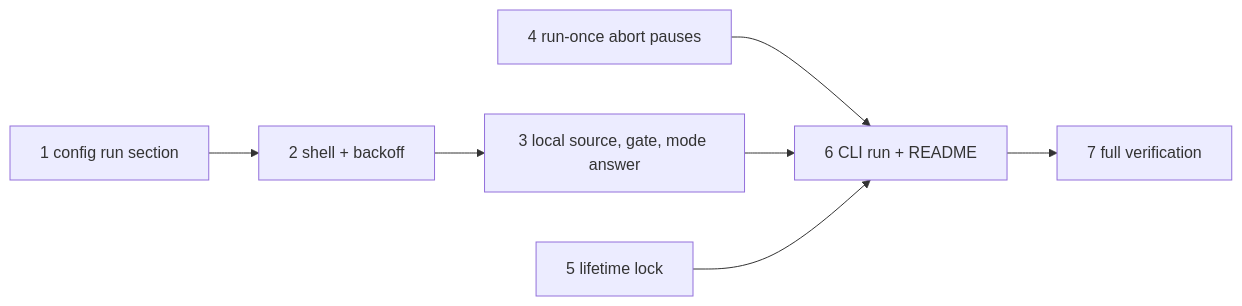
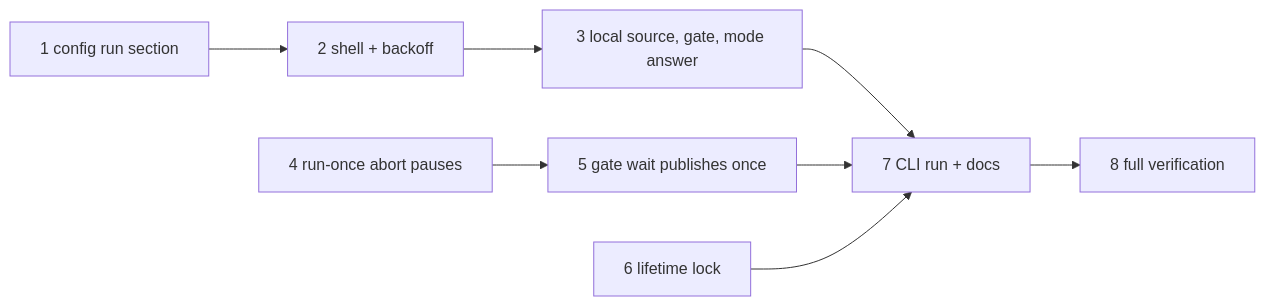
One commit to rochecompaan/patchmill changed the diagram in docs/plans/2026-11-21-issue-398-add-a-local-patchmill-run-loop-for-one-runner-pe-plan.md. Above: the diagram before and after it, drawn with Mermaid. The commit also changed other lines of this file and 1 other file, not shown here.

First line of the commit message:
docs: revise the run loop spec and plan after planning review

````diff
--- a/docs/plans/2026-11-21-issue-398-add-a-local-patchmill-run-loop-for-one-runner-pe-plan.md
+++ b/docs/plans/2026-11-21-issue-398-add-a-local-patchmill-run-loop-for-one-runner-pe-plan.md
@@ -480,9 +571,10 @@
 ```mermaid
 flowchart LR
   T1[1 config run section] --> T2[2 shell + backoff]
   T2 --> T3[3 local source, gate, mode answer]
-  T4[4 run-once abort pauses] --> T6
-  T3 --> T6[6 CLI run + README]
-  T5[5 lifetime lock] --> T6
-  T6 --> T7[7 full verification]
+  T4[4 run-once abort pauses] --> T5[5 gate wait publishes once]
+  T3 --> T7[7 CLI run + docs]
+  T5 --> T7
+  T6[6 lifetime lock] --> T7
+  T7 --> T8[8 full verification]
 ```
````
